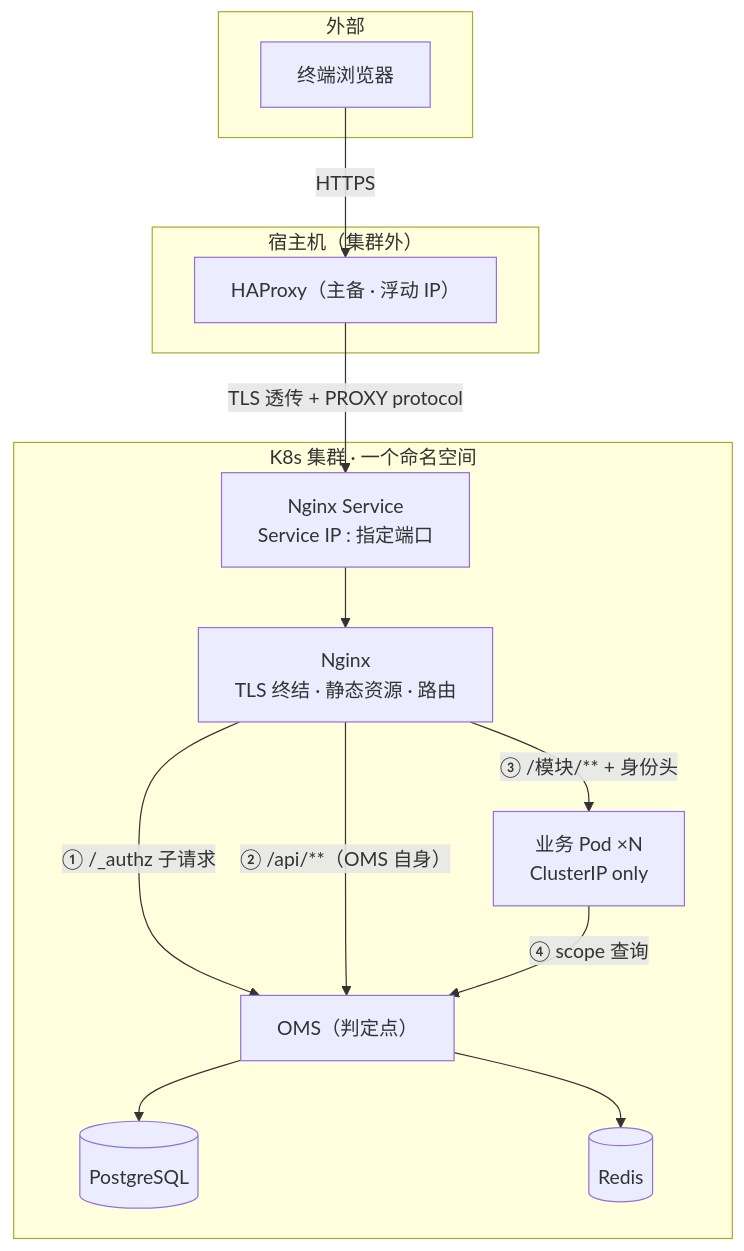
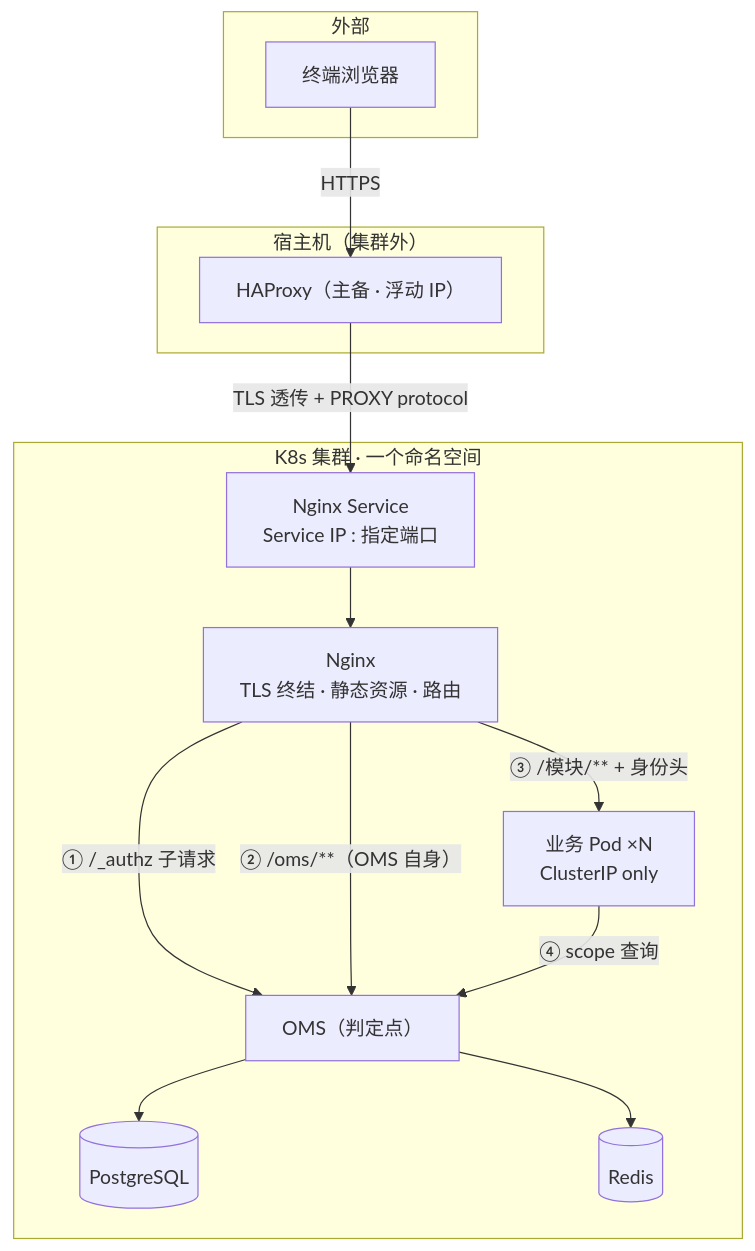
Before and after one commit to HaoruiSong622/OMS: the second of 16 diagrams in design/OMS-总体设计-精炼版.md, drawn with Mermaid. The commit also changed other lines of this file and 1 other file, not shown here.

````diff
--- a/design/OMS-总体设计-精炼版.md
+++ b/design/OMS-总体设计-精炼版.md
@@ -179,25 +187,25 @@
 ```mermaid
 flowchart TB
   subgraph OUT["外部"]
     U["终端浏览器"]
   end
   subgraph HOST["宿主机（集群外）"]
     HAP["HAProxy（主备 · 浮动 IP）"]
   end
   subgraph CL["K8s 集群 · 一个命名空间"]
     LB["Nginx Service<br/>Service IP : 指定端口"]
     NG["Nginx<br/>TLS 终结 · 静态资源 · 路由"]
     OMS["OMS（判定点）"]
     BIZ["业务 Pod ×N<br/>ClusterIP only"]
     PG[("PostgreSQL")]
     RD[("Redis")]
   end
   U -->|"HTTPS"| HAP
   HAP -->|"TLS 透传 + PROXY protocol"| LB --> NG
   NG -->|"① /_authz 子请求"| OMS
-  NG -->|"② /api/**（OMS 自身）"| OMS
+  NG -->|"② /oms/**（OMS 自身）"| OMS
   NG -->|"③ /模块/** + 身份头"| BIZ
   BIZ -->|"④ scope 查询"| OMS
   OMS --> PG
   OMS --> RD
 ```
````
